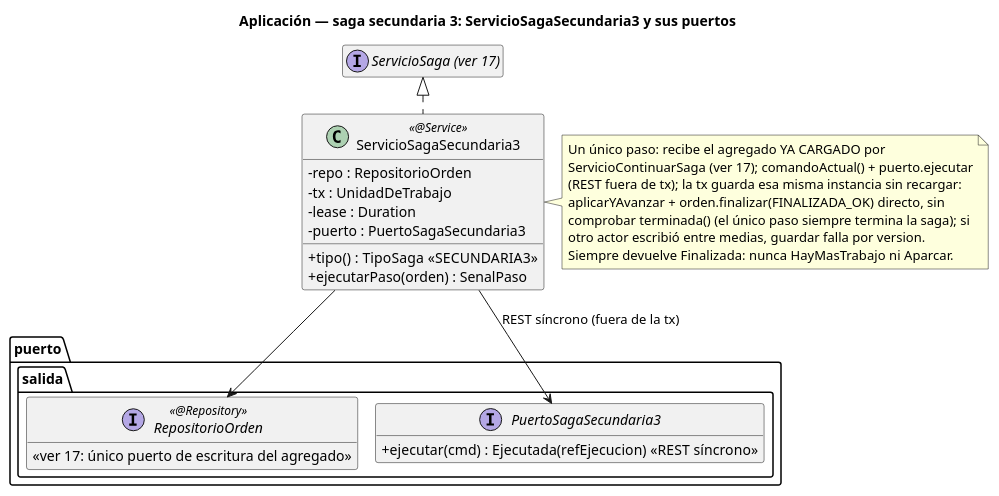
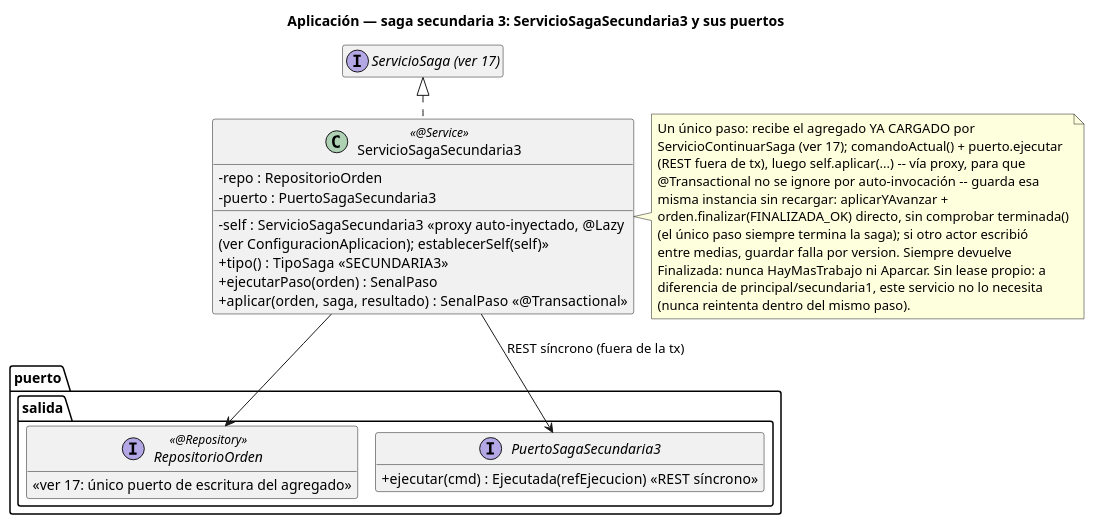
Before and after one commit to ralcazar/patrones: the diagram in order-manager/docs/21-clases-aplicacion-saga-secundaria3.puml, drawn with PlantUML. The commit also changed 61 other files, not shown here.

```diff
--- a/order-manager/docs/21-clases-aplicacion-saga-secundaria3.puml
+++ b/order-manager/docs/21-clases-aplicacion-saga-secundaria3.puml
@@ -1,39 +1,43 @@
 @startuml 21-clases-aplicacion-saga-secundaria3
 title Aplicación — saga secundaria 3: ServicioSagaSecundaria3 y sus puertos
 !pragma layout smetana
 hide empty members
 skinparam classAttributeIconSize 0
 
 interface "ServicioSaga (ver 17)" as Base
 
 class ServicioSagaSecundaria3 <<@Service>> {
   -repo : RepositorioOrden
-  -tx : UnidadDeTrabajo
-  -lease : Duration
   -puerto : PuertoSagaSecundaria3
+  -self : ServicioSagaSecundaria3  «proxy auto-inyectado, @Lazy\n(ver ConfiguracionAplicacion); establecerSelf(self)»
   +tipo() : TipoSaga  «SECUNDARIA3»
   +ejecutarPaso(orden) : SenalPaso
+  +aplicar(orden, saga, resultado) : SenalPaso  «@Transactional»
 }
 note right of ServicioSagaSecundaria3
   Un único paso: recibe el agregado YA CARGADO por
   ServicioContinuarSaga (ver 17); comandoActual() + puerto.ejecutar
-  (REST fuera de tx); la tx guarda esa misma instancia sin recargar:
-  aplicarYAvanzar + orden.finalizar(FINALIZADA_OK) directo, sin
-  comprobar terminada() (el único paso siempre termina la saga); si
-  otro actor escribió entre medias, guardar falla por version.
-  Siempre devuelve Finalizada: nunca HayMasTrabajo ni Aparcar.
+  (REST fuera de tx), luego self.aplicar(...) -- vía proxy, para que
+  @Transactional no se ignore por auto-invocación -- guarda esa
+  misma instancia sin recargar: aplicarYAvanzar +
+  orden.finalizar(FINALIZADA_OK) directo, sin comprobar terminada()
+  (el único paso siempre termina la saga); si otro actor escribió
+  entre medias, guardar falla por version. Siempre devuelve
+  Finalizada: nunca HayMasTrabajo ni Aparcar. Sin lease propio: a
+  diferencia de principal/secundaria1, este servicio no lo necesita
+  (nunca reintenta dentro del mismo paso).
 end note
 
 package "puerto.salida" {
   interface RepositorioOrden <<@Repository>> {
     «ver 17: único puerto de escritura del agregado»
   }
   interface PuertoSagaSecundaria3 {
     +ejecutar(cmd) : Ejecutada(refEjecucion)  «REST síncrono»
   }
 }
 
 Base <|.. ServicioSagaSecundaria3
 ServicioSagaSecundaria3 --> RepositorioOrden
 ServicioSagaSecundaria3 --> PuertoSagaSecundaria3 : REST síncrono (fuera de la tx)
 @enduml
```
